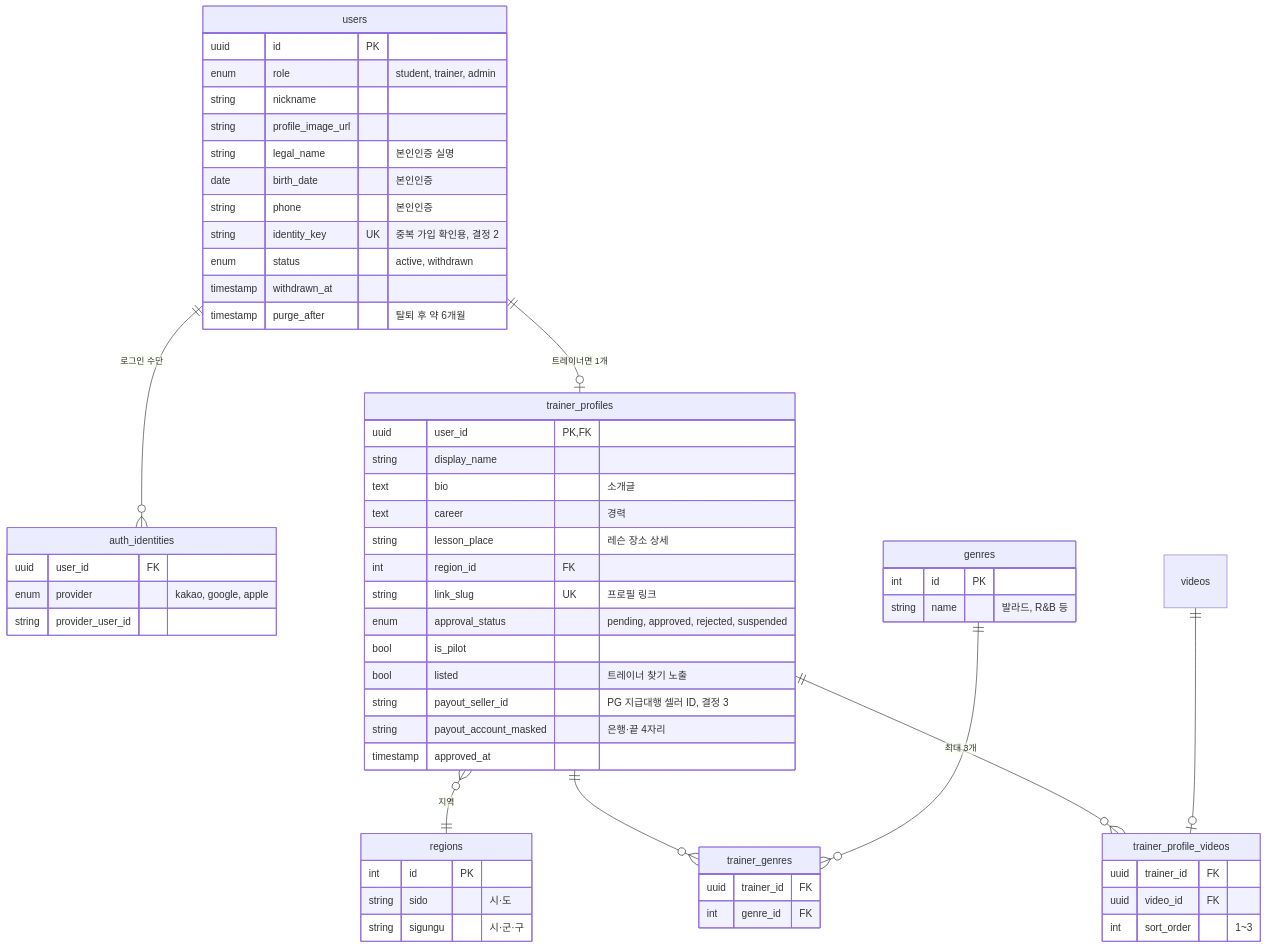
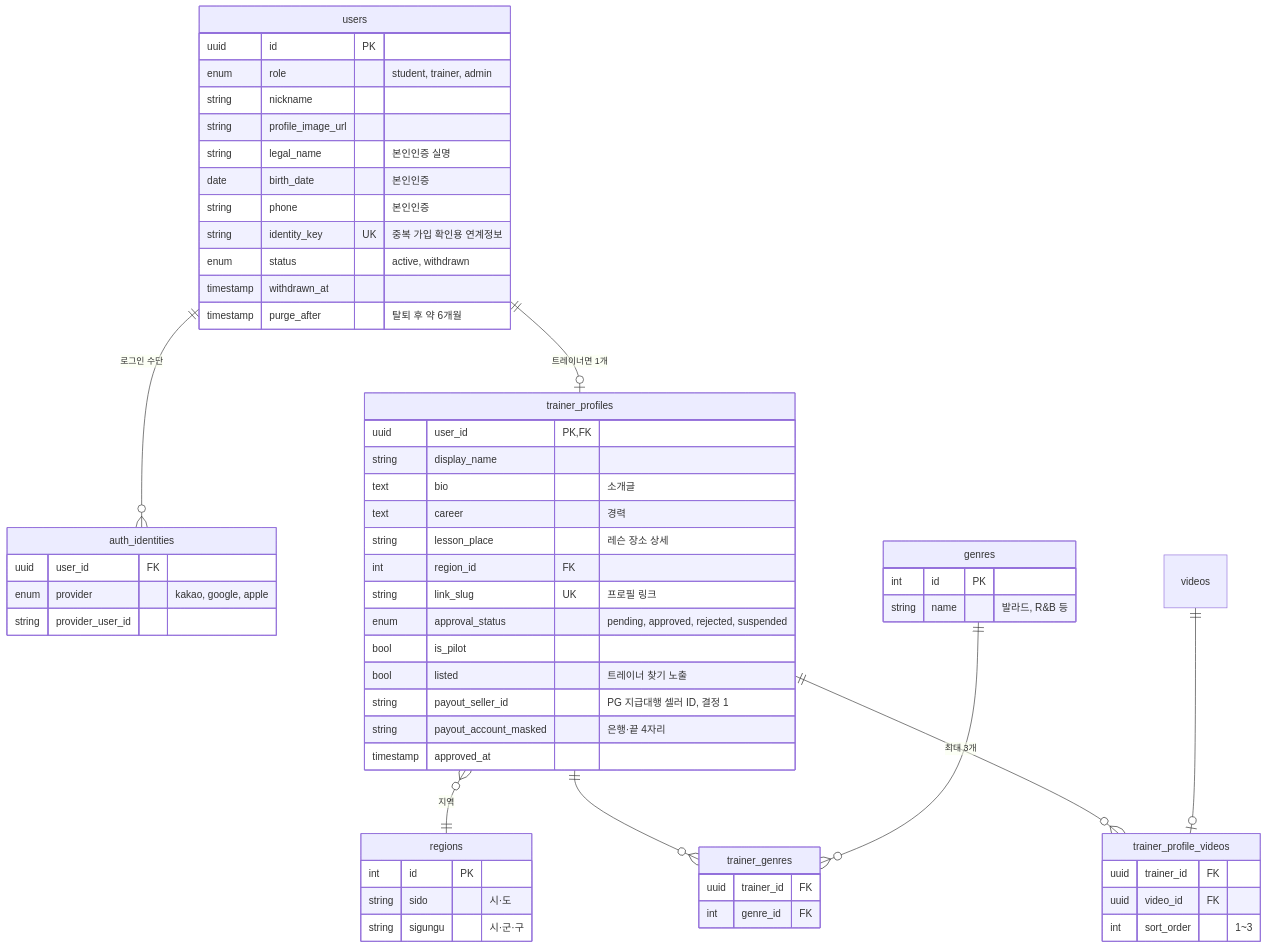
One commit to Yun-Jehyeok/vocals changed the first of 7 diagrams in docs/erd.md. Above: the diagram before and after it, drawn with Mermaid. The commit also changed other lines of this file, not shown here.

First line of the commit message:
docs: ERD 결정 반영 (영문 이름 확정, 본인인증 저장 범위, 정원, 미체크 출결)

````diff
--- a/docs/erd.md
+++ b/docs/erd.md
@@ -38,62 +38,62 @@
 ```mermaid
 erDiagram
     users ||--o{ auth_identities : "로그인 수단"
     users ||--o| trainer_profiles : "트레이너면 1개"
     trainer_profiles }o--|| regions : "지역"
     trainer_profiles ||--o{ trainer_genres : ""
     genres ||--o{ trainer_genres : ""
     trainer_profiles ||--o{ trainer_profile_videos : "최대 3개"
     videos ||--o| trainer_profile_videos : ""
 
     users {
         uuid id PK
         enum role "student, trainer, admin"
         string nickname
         string profile_image_url
         string legal_name "본인인증 실명"
         date birth_date "본인인증"
         string phone "본인인증"
-        string identity_key UK "중복 가입 확인용, 결정 2"
+        string identity_key UK "중복 가입 확인용 연계정보"
         enum status "active, withdrawn"
         timestamp withdrawn_at
         timestamp purge_after "탈퇴 후 약 6개월"
     }
     auth_identities {
         uuid user_id FK
         enum provider "kakao, google, apple"
         string provider_user_id
     }
     trainer_profiles {
         uuid user_id PK, FK
         string display_name
         text bio "소개글"
         text career "경력"
         string lesson_place "레슨 장소 상세"
         int region_id FK
         string link_slug UK "프로필 링크"
         enum approval_status "pending, approved, rejected, suspended"
         bool is_pilot
         bool listed "트레이너 찾기 노출"
-        string payout_seller_id "PG 지급대행 셀러 ID, 결정 3"
+        string payout_seller_id "PG 지급대행 셀러 ID, 결정 1"
         string payout_account_masked "은행·끝 4자리"
         timestamp approved_at
     }
     regions {
         int id PK
         string sido "시·도"
         string sigungu "시·군·구"
     }
     genres {
         int id PK
         string name "발라드, R&B 등"
     }
     trainer_genres {
         uuid trainer_id FK
         int genre_id FK
     }
     trainer_profile_videos {
         uuid trainer_id FK
         uuid video_id FK
         int sort_order "1~3"
     }
 ```
````
